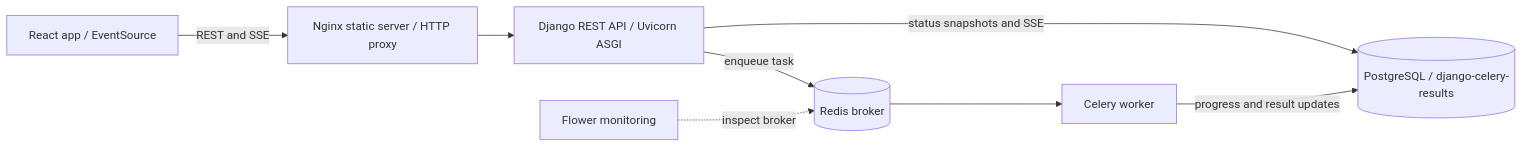
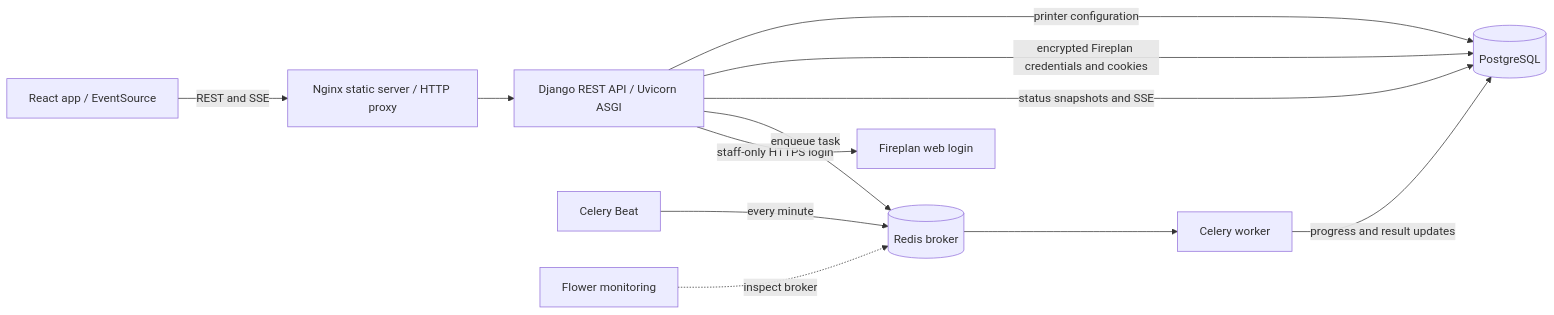
The diagram in ARCHITECTURE.md (MichielDePaepe/FireAssetManagement), drawn with Mermaid before and after one commit. The commit also changed other lines of this file and 198 other files, not shown here.

````diff
--- a/ARCHITECTURE.md
+++ b/ARCHITECTURE.md
@@ -5,10 +5,14 @@
 ```mermaid
 flowchart LR
   Browser[React app / EventSource] -->|REST and SSE| Web[Nginx static server / HTTP proxy]
   Web --> API[Django REST API / Uvicorn ASGI]
+  API -->|staff-only HTTPS login| Fireplan[Fireplan web login]
   API -->|enqueue task| Redis[(Redis broker)]
   Redis --> Worker[Celery worker]
-  Worker -->|progress and result updates| Results[(PostgreSQL / django-celery-results)]
-  API -->|status snapshots and SSE| Results
+  Beat[Celery Beat] -->|every minute| Redis
+  Worker -->|progress and result updates| Database[(PostgreSQL)]
+  API -->|status snapshots and SSE| Database
+  API -->|encrypted Fireplan credentials and cookies| Database
+  API -->|printer configuration| Database
   Flower[Flower monitoring] -. inspect broker .-> Redis
 ```
````
